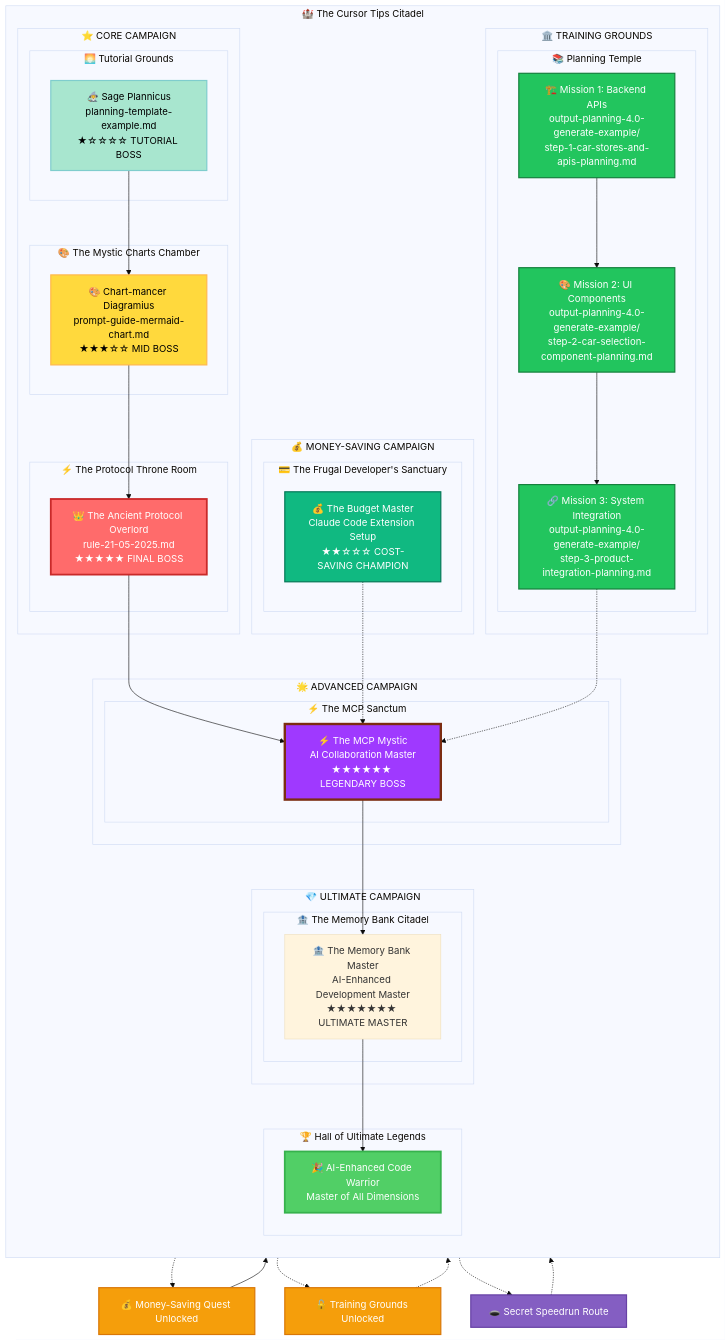
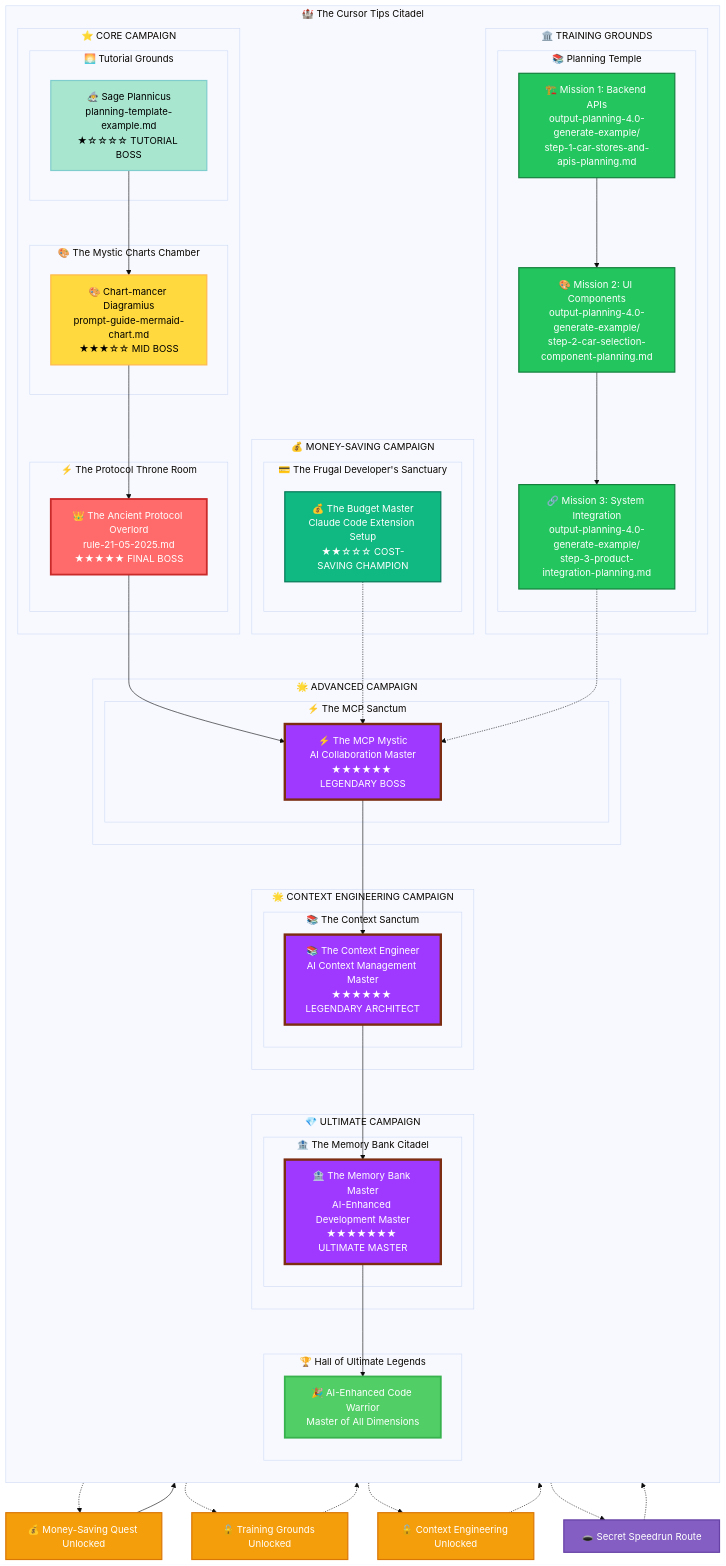
One commit to giang6283623/cursor-tip changed the second of 12 diagrams in README-GAME-STYLE.md. Above: the diagram before and after it, drawn with Mermaid (base theme). The commit also changed other lines of this file and 4 other files, not shown here.

Commit message:
add context engineer

````diff
--- a/README-GAME-STYLE.md
+++ b/README-GAME-STYLE.md
@@ -122,6 +122,12 @@
             end
         end
 
+        subgraph "🌟 CONTEXT ENGINEERING CAMPAIGN"
+            subgraph "📚 The Context Sanctum"
+                ContextBoss[📚 The Context Engineer<br/>AI Context Management Master<br/>★★★★★★ LEGENDARY ARCHITECT]
+            end
+        end
+
         subgraph "💰 MONEY-SAVING CAMPAIGN"
             subgraph "💳 The Frugal Developer's Sanctuary"
                 MoneyBoss[💰 The Budget Master<br/>Claude Code Extension Setup<br/>★★☆☆☆ COST-SAVING CHAMPION]
@@ -144,7 +150,8 @@
     Tutorial --> Charts
     Charts --> Protocol
     Protocol --> MCPBoss
-    MCPBoss --> UltimateBoss
+    MCPBoss --> ContextBoss
+    ContextBoss --> UltimateBoss
     UltimateBoss --> Victory
 
     Protocol -.-> MoneyQuest[💰 Money-Saving Quest Unlocked]
@@ -156,6 +163,9 @@
     Mission1 --> Mission2
     Mission2 --> Mission3
     Mission3 -.-> MCPBoss
+
+    MCPBoss -.-> ContextUnlock[🔓 Context Engineering Unlocked]
+    ContextUnlock -.-> ContextBoss
 
     Tutorial -.-> SecretPath[🕳️ Secret Speedrun Route]
     SecretPath -.-> Protocol
@@ -173,10 +183,10 @@
     class Tutorial tutorial
     class Charts intermediate
     class Protocol final
-    class MCPBoss legendary
+    class MCPBoss,ContextBoss,UltimateBoss legendary
     class Mission1,Mission2,Mission3 training
     class Victory victory
     class SecretPath secret
-    class TrainingUnlock,MoneyQuest unlock
+    class TrainingUnlock,MoneyQuest,ContextUnlock unlock
     class MoneyBoss money
 ```
````
